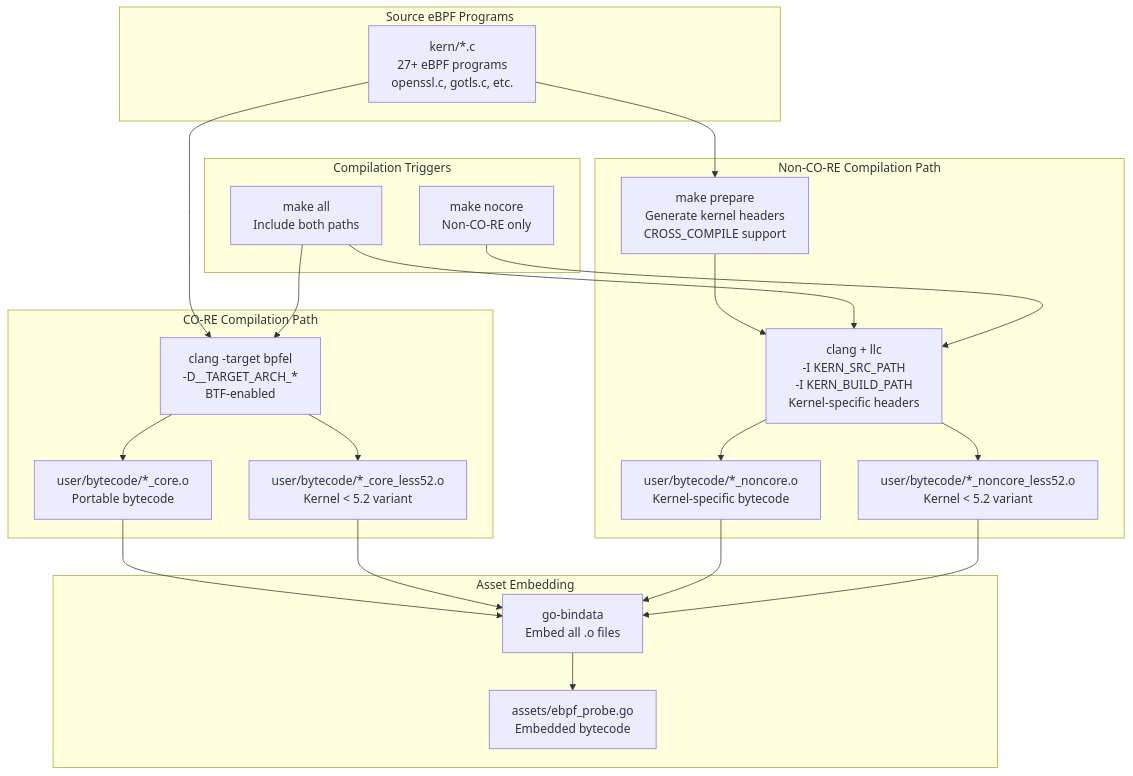
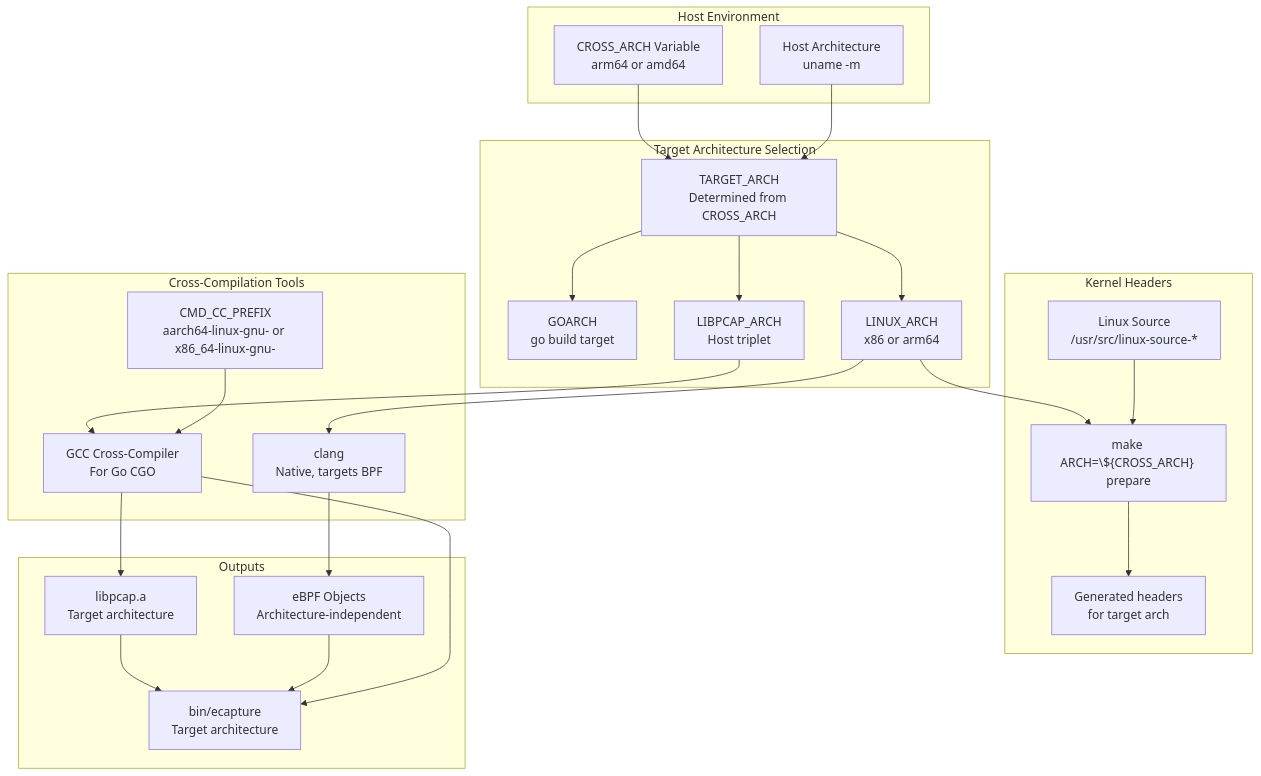
The third of 6 diagrams in src/en/5-development-guide/5.1-build-system.md (gojue/ecapture.cc), drawn with Mermaid before and after one commit. The commit also changed other lines of this file and 115 other files, not shown here.

````diff
--- a/src/en/5-development-guide/5.1-build-system.md
+++ b/src/en/5-development-guide/5.1-build-system.md
@@ -158,56 +248,53 @@
 ```mermaid
 graph TB
-    subgraph "Source eBPF Programs"
-        KERN_C["kern/*.c<br/>27+ eBPF programs<br/>openssl.c, gotls.c, etc."]
+    subgraph "Host Environment"
+        HOST_ARCH["Host Architecture<br/>uname -m"]
+        CROSS_VAR["CROSS_ARCH Variable<br/>arm64 or amd64"]
     end
     
-    subgraph "CO-RE Compilation Path"
-        CLANG_CORE["clang -target bpfel<br/>-D__TARGET_ARCH_*<br/>BTF-enabled"]
-        
-        CORE_OUT["user/bytecode/*_core.o<br/>Portable bytecode"]
-        
-        LESS52_CORE["user/bytecode/*_core_less52.o<br/>Kernel < 5.2 variant"]
+    subgraph "Target Architecture Selection"
+        TARGET_ARCH["TARGET_ARCH<br/>Determined from CROSS_ARCH"]
+        GOARCH["GOARCH<br/>go build target"]
+        LINUX_ARCH["LINUX_ARCH<br/>x86 or arm64"]
+        LIBPCAP_ARCH["LIBPCAP_ARCH<br/>Host triplet"]
     end
     
-    subgraph "Non-CO-RE Compilation Path"
-        PREPARE["make prepare<br/>Generate kernel headers<br/>CROSS_COMPILE support"]
-        
-        CLANG_NC["clang + llc<br/>-I KERN_SRC_PATH<br/>-I KERN_BUILD_PATH<br/>Kernel-specific headers"]
-        
-        NC_OUT["user/bytecode/*_noncore.o<br/>Kernel-specific bytecode"]
-        
-        LESS52_NC["user/bytecode/*_noncore_less52.o<br/>Kernel < 5.2 variant"]
+    subgraph "Kernel Headers"
+        LINUX_SOURCE["Linux Source<br/>/usr/src/linux-source-*"]
+        KERN_PREPARE["make ARCH=\${CROSS_ARCH} prepare"]
+        KERN_HEADERS["Generated headers<br/>for target arch"]
     end
     
-    subgraph "Asset Embedding"
-        BINDATA["go-bindata<br/>Embed all .o files"]
-        
-        PROBE_GO["assets/ebpf_probe.go<br/>Embedded bytecode"]
+    subgraph "Cross-Compilation Tools"
+        CLANG["clang<br/>Native, targets BPF"]
+        CC_PREFIX["CMD_CC_PREFIX<br/>aarch64-linux-gnu- or x86_64-linux-gnu-"]
+        GCC["GCC Cross-Compiler<br/>For Go CGO"]
     end
     
-    subgraph "Compilation Triggers"
-        ALL_TARGET["make all<br/>Include both paths"]
-        NOCORE_TARGET["make nocore<br/>Non-CO-RE only"]
+    subgraph "Outputs"
+        EBPF_OBJ["eBPF Objects<br/>Architecture-independent"]
+        LIBPCAP["libpcap.a<br/>Target architecture"]
+        BINARY["bin/ecapture<br/>Target architecture"]
     end
     
-    KERN_C --> CLANG_CORE
-    KERN_C --> PREPARE
+    HOST_ARCH --> TARGET_ARCH
+    CROSS_VAR --> TARGET_ARCH
+    TARGET_ARCH --> GOARCH
+    TARGET_ARCH --> LINUX_ARCH
+    TARGET_ARCH --> LIBPCAP_ARCH
     
-    CLANG_CORE --> CORE_OUT
-    CLANG_CORE --> LESS52_CORE
+    LINUX_SOURCE --> KERN_PREPARE
+    LINUX_ARCH --> KERN_PREPARE
+    KERN_PREPARE --> KERN_HEADERS
     
-    PREPARE --> CLANG_NC
-    CLANG_NC --> NC_OUT
-    CLANG_NC --> LESS52_NC
+    LINUX_ARCH --> CLANG
+    CLANG --> EBPF_OBJ
     
-    CORE_OUT --> BINDATA
-    LESS52_CORE --> BINDATA
-    NC_OUT --> BINDATA
-    LESS52_NC --> BINDATA
+    CC_PREFIX --> GCC
+    LIBPCAP_ARCH --> GCC
+    GCC --> LIBPCAP
+    GCC --> BINARY
     
-    BINDATA --> PROBE_GO
-    
-    ALL_TARGET --> CLANG_CORE
-    ALL_TARGET --> CLANG_NC
-    NOCORE_TARGET --> CLANG_NC
+    EBPF_OBJ --> BINARY
+    LIBPCAP --> BINARY
 ```
````
